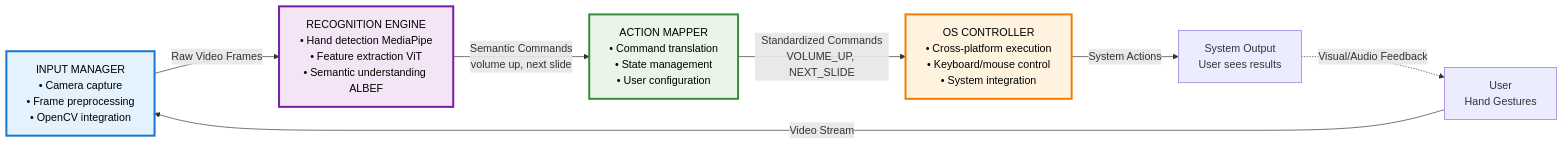
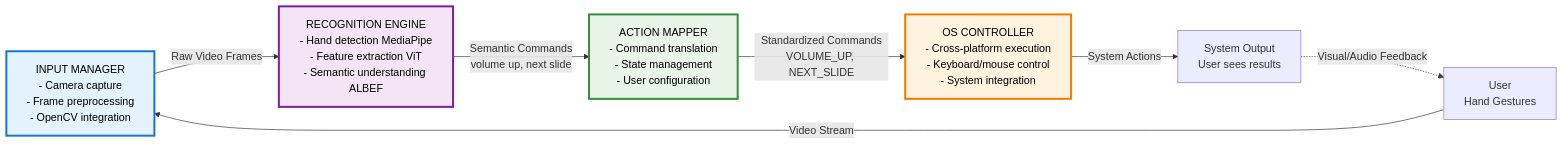
Before and after one commit to ntsrigaud/Maestro: the first of 5 diagrams in docs/Project-Architecture/DETAILED_SYSTEM_ARCHITECTURE.md, drawn with Mermaid. The commit also changed other lines of this file, not shown here.

Commit message:
fix(docs): core modules names in the architecture diagram (#29)

````diff
--- a/docs/Project-Architecture/DETAILED_SYSTEM_ARCHITECTURE.md
+++ b/docs/Project-Architecture/DETAILED_SYSTEM_ARCHITECTURE.md
@@ -11,28 +11,28 @@
 ```mermaid
 flowchart LR
     %% Styling with better contrast and readability
     classDef inputModule fill:#e3f2fd,stroke:#1976d2,stroke-width:3px,color:#000000
     classDef recognitionModule fill:#f3e5f5,stroke:#7b1fa2,stroke-width:3px,color:#000000
     classDef actionModule fill:#e8f5e8,stroke:#388e3c,stroke-width:3px,color:#000000
     classDef osModule fill:#fff3e0,stroke:#f57c00,stroke-width:3px,color:#000000
     classDef dataArrow fill:none,stroke:#424242,stroke-width:2px
 
     %% Main Modules
-    INPUT["INPUT MANAGER<br/>• Camera capture<br/>• Frame preprocessing<br/>• OpenCV integration"]:::inputModule
+    INPUT["INPUT MANAGER<br/>- Camera capture<br/>- Frame preprocessing<br/>- OpenCV integration"]:::inputModule
 
-    RECOGNITION["RECOGNITION ENGINE<br/>• Hand detection MediaPipe<br/>• Feature extraction ViT<br/>• Semantic understanding ALBEF"]:::recognitionModule
+    RECOGNITION["RECOGNITION ENGINE<br/>- Hand detection MediaPipe<br/>- Feature extraction ViT<br/>- Semantic understanding ALBEF"]:::recognitionModule
 
-    ACTION["ACTION MAPPER<br/>• Command translation<br/>• State management<br/>• User configuration"]:::actionModule
+    ACTION["ACTION MAPPER<br/>- Command translation<br/>- State management<br/>- User configuration"]:::actionModule
 
-    OS["OS CONTROLLER<br/>• Cross-platform execution<br/>• Keyboard/mouse control<br/>• System integration"]:::osModule
+    OS["OS CONTROLLER<br/>- Cross-platform execution<br/>- Keyboard/mouse control<br/>- System integration"]:::osModule
 
     %% Data Flow
     INPUT -->|"Raw Video Frames"| RECOGNITION
     RECOGNITION -->|"Semantic Commands<br/>volume up, next slide"| ACTION
     ACTION -->|"Standardized Commands<br/>VOLUME_UP, NEXT_SLIDE"| OS
     OS -->|"System Actions"| OUTPUT["System Output<br/>User sees results"]
 
     %% User Interaction
     USER["User<br/>Hand Gestures"] -->|"Video Stream"| INPUT
     OUTPUT -.->|"Visual/Audio Feedback"| USER
 ```
````
